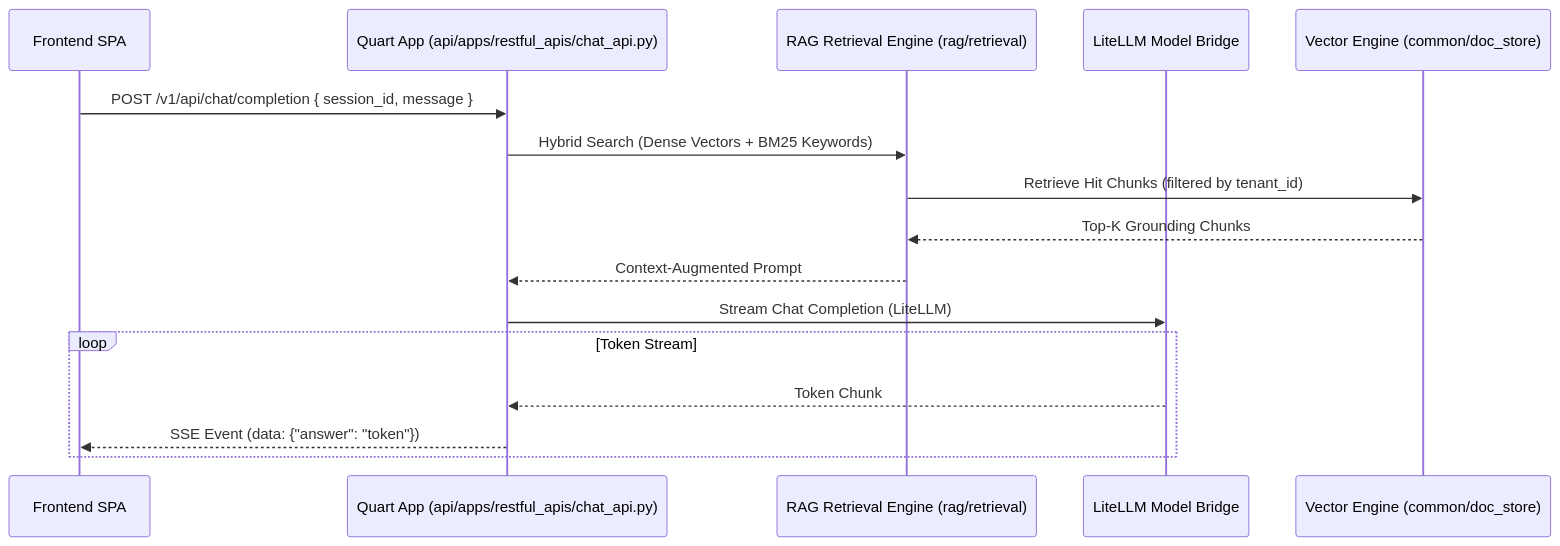
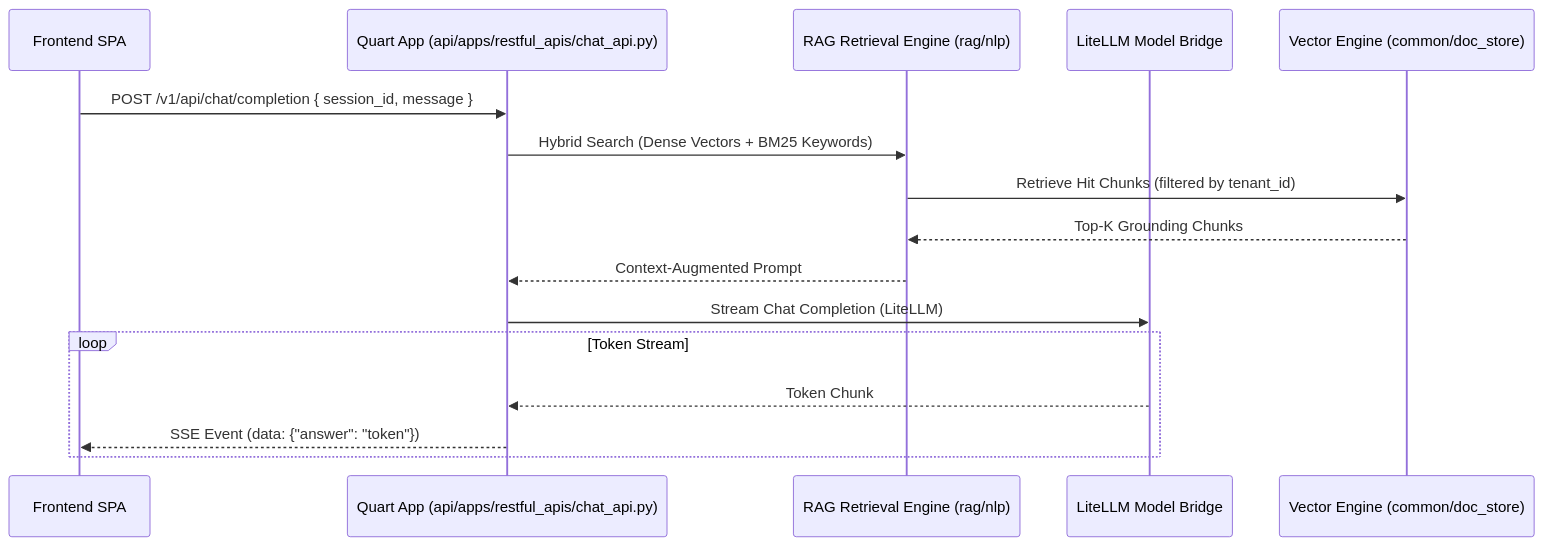
The second of 2 diagrams in ragflow-docs/03-backend/backend-data-flow.md (6sLOGAN78/devRAG), drawn with Mermaid before and after one commit. The commit also changed other lines of this file and 67 other files, not shown here.

````diff
--- a/ragflow-docs/03-backend/backend-data-flow.md
+++ b/ragflow-docs/03-backend/backend-data-flow.md
@@ -41,20 +41,20 @@
 ```mermaid
 sequenceDiagram
     participant Client as Frontend SPA
     participant PyApp as Quart App (api/apps/restful_apis/chat_api.py)
-    participant RAG as RAG Retrieval Engine (rag/retrieval)
+    participant RAG as RAG Retrieval Engine (rag/nlp)
     participant LLM as LiteLLM Model Bridge
     participant DocStore as Vector Engine (common/doc_store)
 
     Client->>PyApp: POST /v1/api/chat/completion { session_id, message }
     PyApp->>RAG: Hybrid Search (Dense Vectors + BM25 Keywords)
     RAG->>DocStore: Retrieve Hit Chunks (filtered by tenant_id)
     DocStore-->>RAG: Top-K Grounding Chunks
     RAG-->>PyApp: Context-Augmented Prompt
     PyApp->>LLM: Stream Chat Completion (LiteLLM)
     
     loop Token Stream
         LLM-->>PyApp: Token Chunk
         PyApp-->>Client: SSE Event (data: {"answer": "token"})
     end
 ```
````
